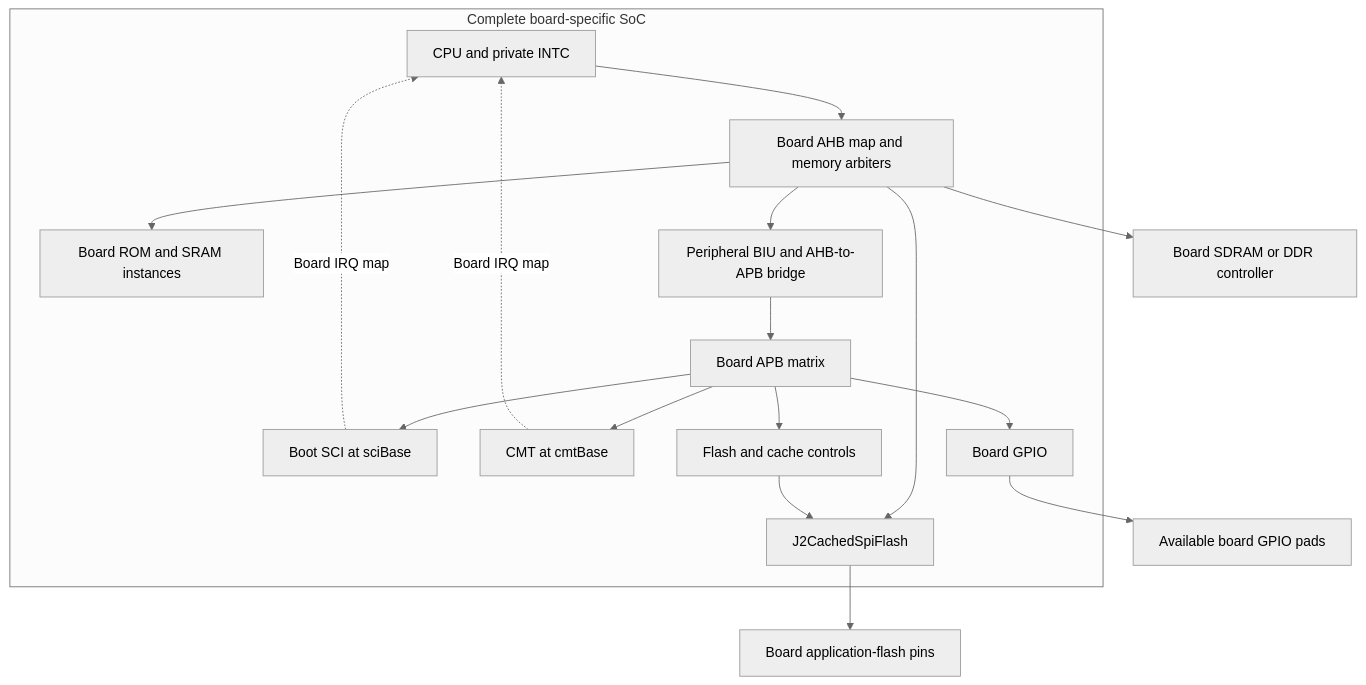
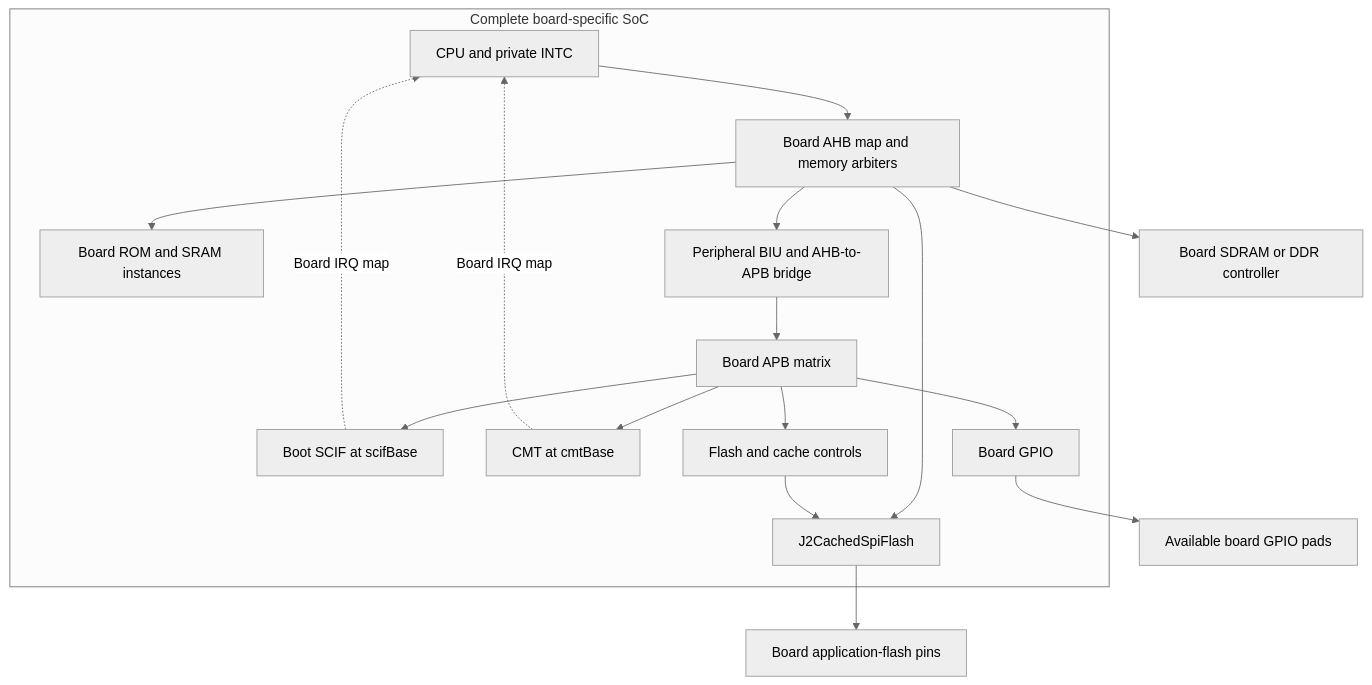
One commit to PreviousVOD/VexJ2 changed the diagram in docs/soc.md. Above: the diagram before and after it, drawn with Mermaid (neutral theme). The commit also changed other lines of this file and 44 other files, not shown here.

Commit message:
Rename J2SCI to J2SCIF and cover all asynchronous frame formats

````diff
--- a/docs/soc.md
+++ b/docs/soc.md
@@ -21,20 +21,20 @@
 ```mermaid
 flowchart TB
   subgraph BOARD[Complete board-specific SoC]
     CPU[CPU and private INTC] --> AHB[Board AHB map and memory arbiters]
     AHB --> RAM[Board ROM and SRAM instances]
     AHB --> BIU[Peripheral BIU and AHB-to-APB bridge]
     BIU --> APB[Board APB matrix]
-    APB --> SCI[Boot SCI at sciBase]
+    APB --> SCIF[Boot SCIF at scifBase]
     APB --> CMT[CMT at cmtBase]
-    SCI -. Board IRQ map .-> CPU
+    SCIF -. Board IRQ map .-> CPU
     CMT -. Board IRQ map .-> CPU
     APB --> GPIO[Board GPIO]
     APB --> CTRL[Flash and cache controls]
     AHB --> FLASH[J2CachedSpiFlash]
     CTRL --> FLASH
   end
   AHB --> MEM[Board SDRAM or DDR controller]
   GPIO --> PADS[Available board GPIO pads]
   FLASH --> SPI[Board application-flash pins]
 ```
````
